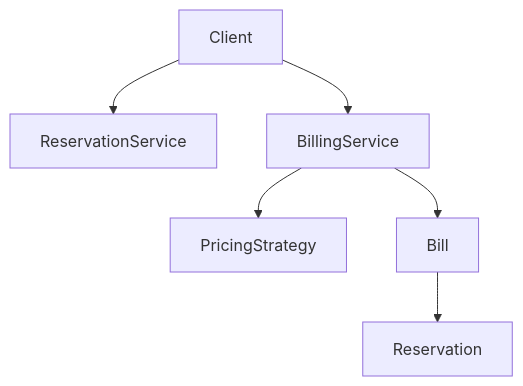
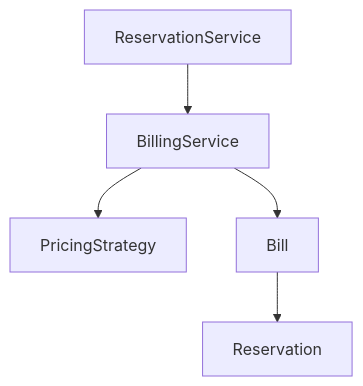
The fourth of 5 diagrams in Readme.md (vishal2develop/LLDMastery), drawn with Mermaid before and after one commit. The commit also changed other lines of this file, not shown here.

Commit message:
Update README to document Phase 4 facade pattern design, goals, architecture, and `HotelService` API. Adjust Phase 3 descriptions for consistency.

````diff
--- a/Readme.md
+++ b/Readme.md
@@ -223,8 +224,7 @@
 ```mermaid
 flowchart TD
-    Client --> ReservationService
-    Client --> BillingService
+    ReservationService --> BillingService
     BillingService --> PricingStrategy
     BillingService --> Bill
     Bill --> Reservation
 ```
````
